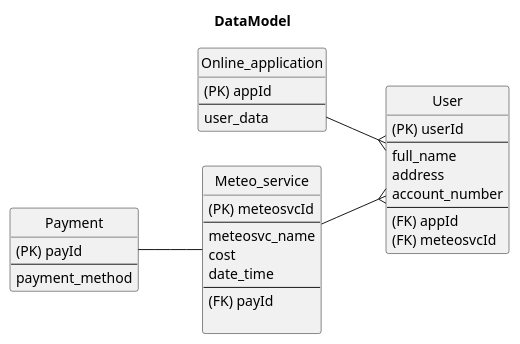
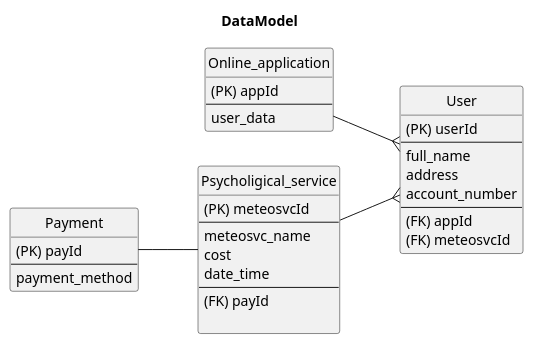
The diagram in 2-SoftwareDesign/2.7-PlantUML/DataModel.puml (oleksandrblazhko/ai-212-omelchuk), drawn with PlantUML before and after one commit.

```diff
--- a/2-SoftwareDesign/2.7-PlantUML/DataModel.puml
+++ b/2-SoftwareDesign/2.7-PlantUML/DataModel.puml
@@ -1,47 +1,47 @@
 @startuml
 
 title DataModel
 left to right direction
 hide circle
 
 entity "User" as a01 {
     (PK) userId
     --
     full_name
     address
     account_number
     --
     (FK) appId
     (FK) meteosvcId
 }
 
 entity "Online_application" as a02 {
     (PK) appId
     --
     user_data
 }
 
-entity "Meteo_service" as a03 {
+entity "Psycholigical_service" as a03 {
     (PK) meteosvcId
     --
     meteosvc_name
     cost
     date_time
     --
     (FK) payId
 
 }
 
 entity "Payment" as a04 {
     (PK) payId
     --
     payment_method
 }
 
 a02 --{ a01
 
 a03 --{ a01
 
 a04 -- a03
 
 @enduml
```
